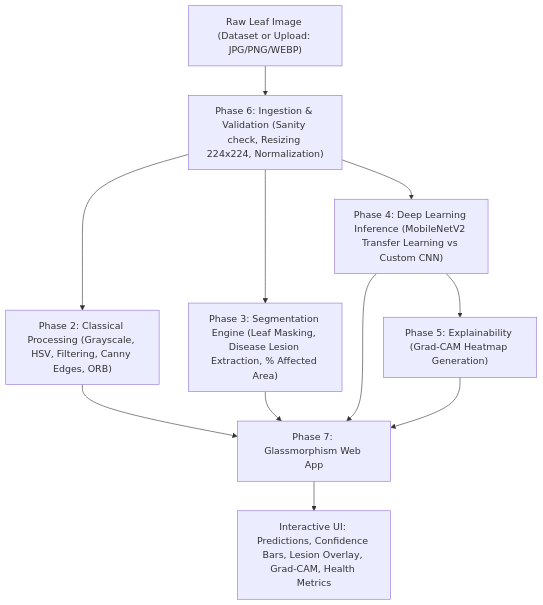
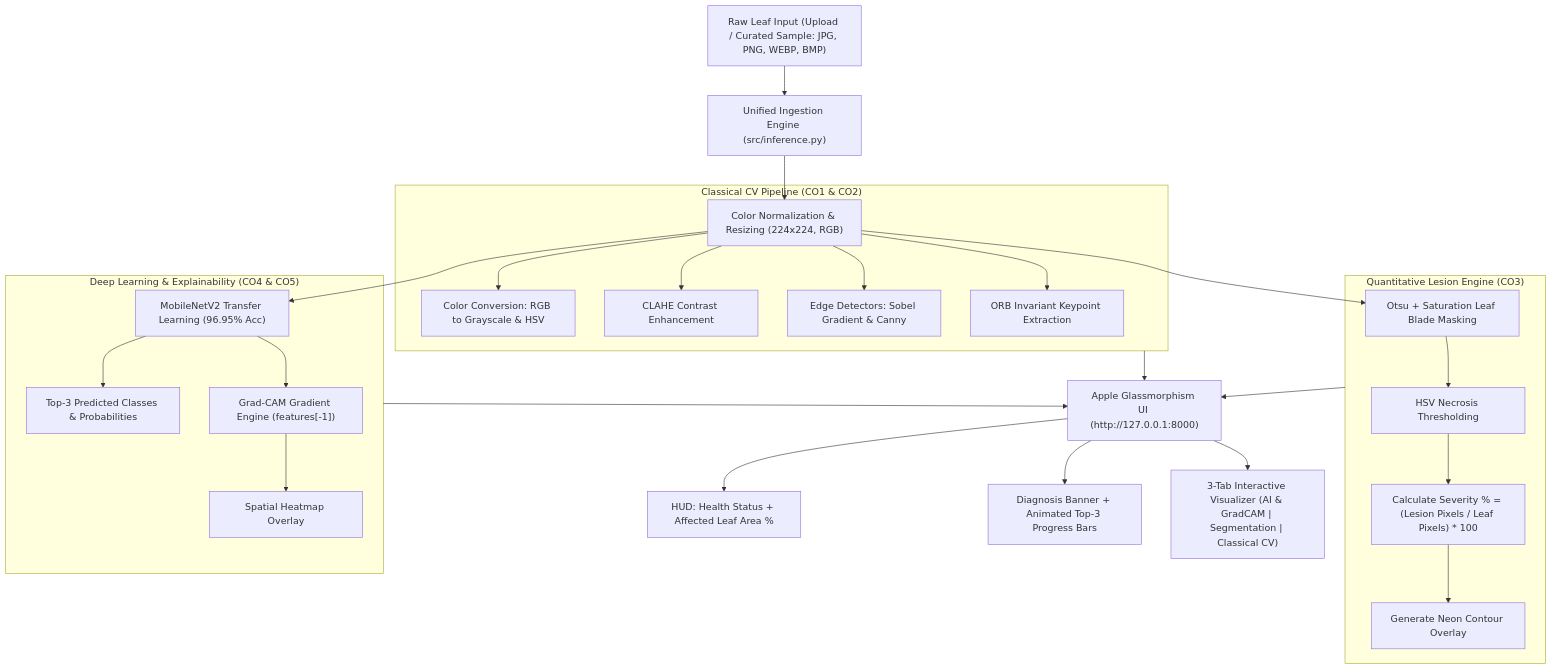
Before and after one commit to Indra1012/FloraVision: the diagram in PROJECT_OVERVIEW.md, drawn with Mermaid. The commit also changed other lines of this file and 2 other files, not shown here.

Commit message:
docs: update README, PROJECT_OVERVIEW, and PROGRESS with full project details and PPT guide

````diff
--- a/PROJECT_OVERVIEW.md
+++ b/PROJECT_OVERVIEW.md
@@ -25,13 +36,34 @@
 ```mermaid
 flowchart TD
-    A["Raw Leaf Image (Dataset or Upload: JPG/PNG/WEBP)"] --> B["Phase 6: Ingestion & Validation (Sanity check, Resizing 224x224, Normalization)"]
-    B --> C["Phase 2: Classical Processing (Grayscale, HSV, Filtering, Canny Edges, ORB)"]
-    B --> D["Phase 3: Segmentation Engine (Leaf Masking, Disease Lesion Extraction, % Affected Area)"]
-    B --> E["Phase 4: Deep Learning Inference (MobileNetV2 Transfer Learning vs Custom CNN)"]
-    E --> F["Phase 5: Explainability (Grad-CAM Heatmap Generation)"]
-    C --> G["Phase 7: Glassmorphism Web App"]
-    D --> G
-    E --> G
-    F --> G
-    G --> H["Interactive UI: Predictions, Confidence Bars, Lesion Overlay, Grad-CAM, Health Metrics"]
+    A["Raw Leaf Input (Upload / Curated Sample: JPG, PNG, WEBP, BMP)"] --> B["Unified Ingestion Engine (src/inference.py)"]
+    B --> C["Color Normalization & Resizing (224x224, RGB)"]
+    
+    subgraph Classical["Classical CV Pipeline (CO1 & CO2)"]
+        C --> D1["Color Conversion: RGB to Grayscale & HSV"]
+        C --> D2["CLAHE Contrast Enhancement"]
+        C --> D3["Edge Detectors: Sobel Gradient & Canny"]
+        C --> D4["ORB Invariant Keypoint Extraction"]
+    end
+    
+    subgraph Segmentation["Quantitative Lesion Engine (CO3)"]
+        C --> E1["Otsu + Saturation Leaf Blade Masking"]
+        E1 --> E2["HSV Necrosis Thresholding"]
+        E2 --> E3["Calculate Severity % = (Lesion Pixels / Leaf Pixels) * 100"]
+        E3 --> E4["Generate Neon Contour Overlay"]
+    end
+    
+    subgraph DeepLearning["Deep Learning & Explainability (CO4 & CO5)"]
+        C --> F1["MobileNetV2 Transfer Learning (96.95% Acc)"]
+        F1 --> F2["Top-3 Predicted Classes & Probabilities"]
+        F1 --> F3["Grad-CAM Gradient Engine (features[-1])"]
+        F3 --> F4["Spatial Heatmap Overlay"]
+    end
+    
+    Classical --> G["Apple Glassmorphism UI (http://127.0.0.1:8000)"]
+    Segmentation --> G
+    DeepLearning --> G
+    
+    G --> H["HUD: Health Status + Affected Leaf Area %"]
+    G --> I["Diagnosis Banner + Animated Top-3 Progress Bars"]
+    G --> J["3-Tab Interactive Visualizer (AI & GradCAM | Segmentation | Classical CV)"]
 ```
````
